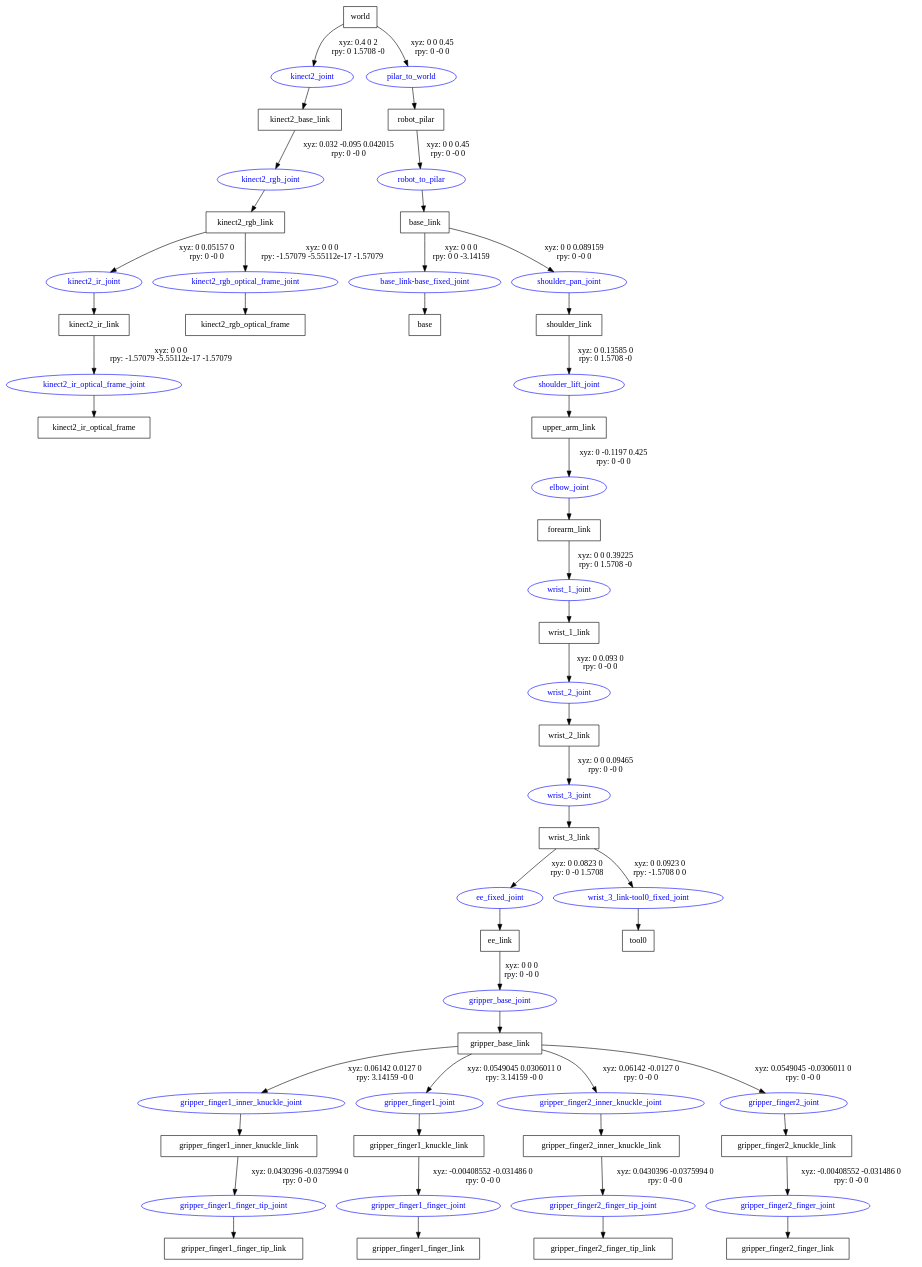
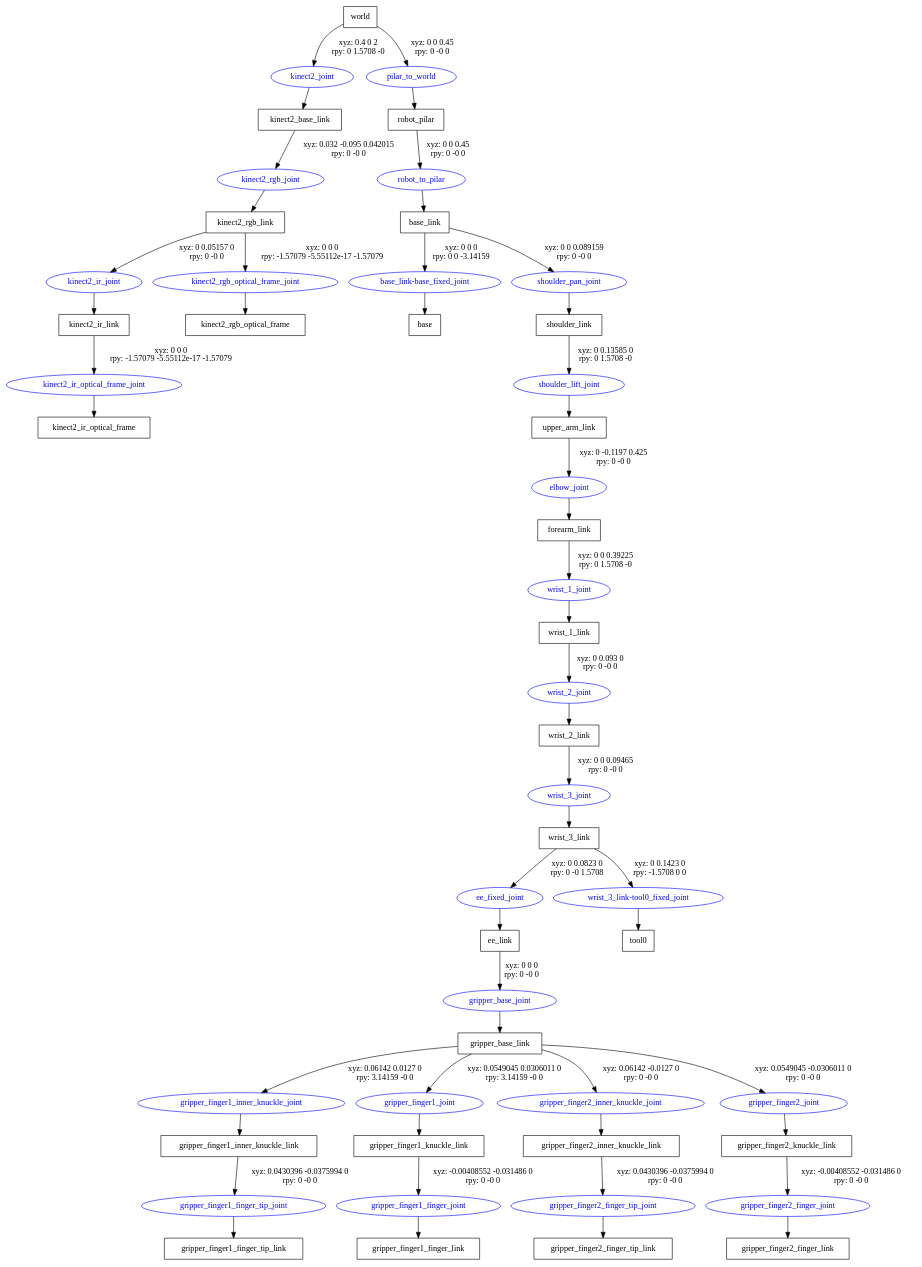
Before and after one commit to KongLiubo/moveit_urdf_ws: the diagram in src/ur5_grasping_demo/ur5_arm_description/urdf/ur5.gv, drawn with Graphviz. The commit also changed 6 other files, not shown here.

```diff
--- a/src/ur5_grasping_demo/ur5_arm_description/urdf/ur5.gv
+++ b/src/ur5_grasping_demo/ur5_arm_description/urdf/ur5.gv
@@ -1,80 +1,80 @@
 digraph G {
 node [shape=box];
 "world" [label="world"];
 "kinect2_base_link" [label="kinect2_base_link"];
 "kinect2_rgb_link" [label="kinect2_rgb_link"];
 "kinect2_ir_link" [label="kinect2_ir_link"];
 "kinect2_ir_optical_frame" [label="kinect2_ir_optical_frame"];
 "kinect2_rgb_optical_frame" [label="kinect2_rgb_optical_frame"];
 "robot_pilar" [label="robot_pilar"];
 "base_link" [label="base_link"];
 "base" [label="base"];
 "shoulder_link" [label="shoulder_link"];
 "upper_arm_link" [label="upper_arm_link"];
 "forearm_link" [label="forearm_link"];
 "wrist_1_link" [label="wrist_1_link"];
 "wrist_2_link" [label="wrist_2_link"];
 "wrist_3_link" [label="wrist_3_link"];
 "ee_link" [label="ee_link"];
 "gripper_base_link" [label="gripper_base_link"];
 "gripper_finger1_inner_knuckle_link" [label="gripper_finger1_inner_knuckle_link"];
 "gripper_finger1_finger_tip_link" [label="gripper_finger1_finger_tip_link"];
 "gripper_finger1_knuckle_link" [label="gripper_finger1_knuckle_link"];
 "gripper_finger1_finger_link" [label="gripper_finger1_finger_link"];
 "gripper_finger2_inner_knuckle_link" [label="gripper_finger2_inner_knuckle_link"];
 "gripper_finger2_finger_tip_link" [label="gripper_finger2_finger_tip_link"];
 "gripper_finger2_knuckle_link" [label="gripper_finger2_knuckle_link"];
 "gripper_finger2_finger_link" [label="gripper_finger2_finger_link"];
 "tool0" [label="tool0"];
 node [shape=ellipse, color=blue, fontcolor=blue];
 "world" -> "kinect2_joint" [label="xyz: 0.4 0 2 \nrpy: 0 1.5708 -0"]
 "kinect2_joint" -> "kinect2_base_link"
 "kinect2_base_link" -> "kinect2_rgb_joint" [label="xyz: 0.032 -0.095 0.042015 \nrpy: 0 -0 0"]
 "kinect2_rgb_joint" -> "kinect2_rgb_link"
 "kinect2_rgb_link" -> "kinect2_ir_joint" [label="xyz: 0 0.05157 0 \nrpy: 0 -0 0"]
 "kinect2_ir_joint" -> "kinect2_ir_link"
 "kinect2_ir_link" -> "kinect2_ir_optical_frame_joint" [label="xyz: 0 0 0 \nrpy: -1.57079 -5.55112e-17 -1.57079"]
 "kinect2_ir_optical_frame_joint" -> "kinect2_ir_optical_frame"
 "kinect2_rgb_link" -> "kinect2_rgb_optical_frame_joint" [label="xyz: 0 0 0 \nrpy: -1.57079 -5.55112e-17 -1.57079"]
 "kinect2_rgb_optical_frame_joint" -> "kinect2_rgb_optical_frame"
 "world" -> "pilar_to_world" [label="xyz: 0 0 0.45 \nrpy: 0 -0 0"]
 "pilar_to_world" -> "robot_pilar"
 "robot_pilar" -> "robot_to_pilar" [label="xyz: 0 0 0.45 \nrpy: 0 -0 0"]
 "robot_to_pilar" -> "base_link"
 "base_link" -> "base_link-base_fixed_joint" [label="xyz: 0 0 0 \nrpy: 0 0 -3.14159"]
 "base_link-base_fixed_joint" -> "base"
 "base_link" -> "shoulder_pan_joint" [label="xyz: 0 0 0.089159 \nrpy: 0 -0 0"]
 "shoulder_pan_joint" -> "shoulder_link"
 "shoulder_link" -> "shoulder_lift_joint" [label="xyz: 0 0.13585 0 \nrpy: 0 1.5708 -0"]
 "shoulder_lift_joint" -> "upper_arm_link"
 "upper_arm_link" -> "elbow_joint" [label="xyz: 0 -0.1197 0.425 \nrpy: 0 -0 0"]
 "elbow_joint" -> "forearm_link"
 "forearm_link" -> "wrist_1_joint" [label="xyz: 0 0 0.39225 \nrpy: 0 1.5708 -0"]
 "wrist_1_joint" -> "wrist_1_link"
 "wrist_1_link" -> "wrist_2_joint" [label="xyz: 0 0.093 0 \nrpy: 0 -0 0"]
 "wrist_2_joint" -> "wrist_2_link"
 "wrist_2_link" -> "wrist_3_joint" [label="xyz: 0 0 0.09465 \nrpy: 0 -0 0"]
 "wrist_3_joint" -> "wrist_3_link"
 "wrist_3_link" -> "ee_fixed_joint" [label="xyz: 0 0.0823 0 \nrpy: 0 -0 1.5708"]
 "ee_fixed_joint" -> "ee_link"
 "ee_link" -> "gripper_base_joint" [label="xyz: 0 0 0 \nrpy: 0 -0 0"]
 "gripper_base_joint" -> "gripper_base_link"
 "gripper_base_link" -> "gripper_finger1_inner_knuckle_joint" [label="xyz: 0.06142 0.0127 0 \nrpy: 3.14159 -0 0"]
 "gripper_finger1_inner_knuckle_joint" -> "gripper_finger1_inner_knuckle_link"
 "gripper_finger1_inner_knuckle_link" -> "gripper_finger1_finger_tip_joint" [label="xyz: 0.0430396 -0.0375994 0 \nrpy: 0 -0 0"]
 "gripper_finger1_finger_tip_joint" -> "gripper_finger1_finger_tip_link"
 "gripper_base_link" -> "gripper_finger1_joint" [label="xyz: 0.0549045 0.0306011 0 \nrpy: 3.14159 -0 0"]
 "gripper_finger1_joint" -> "gripper_finger1_knuckle_link"
 "gripper_finger1_knuckle_link" -> "gripper_finger1_finger_joint" [label="xyz: -0.00408552 -0.031486 0 \nrpy: 0 -0 0"]
 "gripper_finger1_finger_joint" -> "gripper_finger1_finger_link"
 "gripper_base_link" -> "gripper_finger2_inner_knuckle_joint" [label="xyz: 0.06142 -0.0127 0 \nrpy: 0 -0 0"]
 "gripper_finger2_inner_knuckle_joint" -> "gripper_finger2_inner_knuckle_link"
 "gripper_finger2_inner_knuckle_link" -> "gripper_finger2_finger_tip_joint" [label="xyz: 0.0430396 -0.0375994 0 \nrpy: 0 -0 0"]
 "gripper_finger2_finger_tip_joint" -> "gripper_finger2_finger_tip_link"
 "gripper_base_link" -> "gripper_finger2_joint" [label="xyz: 0.0549045 -0.0306011 0 \nrpy: 0 -0 0"]
 "gripper_finger2_joint" -> "gripper_finger2_knuckle_link"
 "gripper_finger2_knuckle_link" -> "gripper_finger2_finger_joint" [label="xyz: -0.00408552 -0.031486 0 \nrpy: 0 -0 0"]
 "gripper_finger2_finger_joint" -> "gripper_finger2_finger_link"
-"wrist_3_link" -> "wrist_3_link-tool0_fixed_joint" [label="xyz: 0 0.0923 0 \nrpy: -1.5708 0 0"]
+"wrist_3_link" -> "wrist_3_link-tool0_fixed_joint" [label="xyz: 0 0.1423 0 \nrpy: -1.5708 0 0"]
 "wrist_3_link-tool0_fixed_joint" -> "tool0"
 }
```
